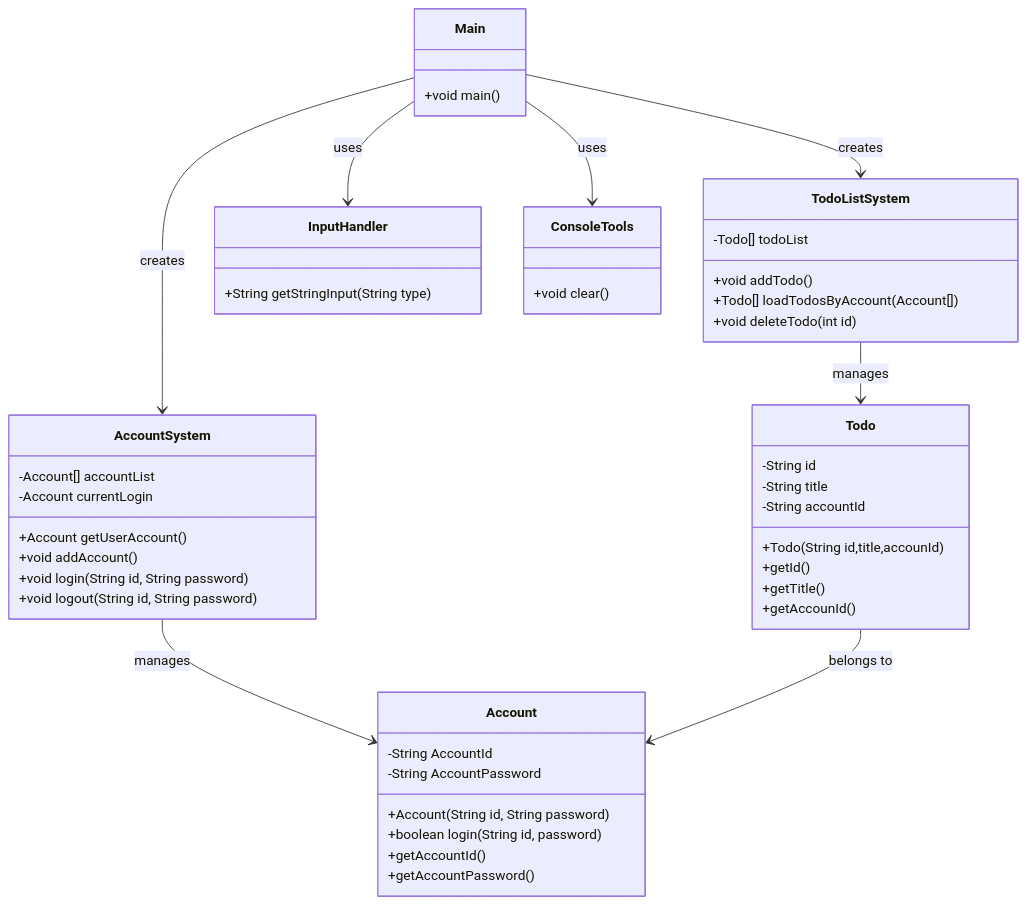
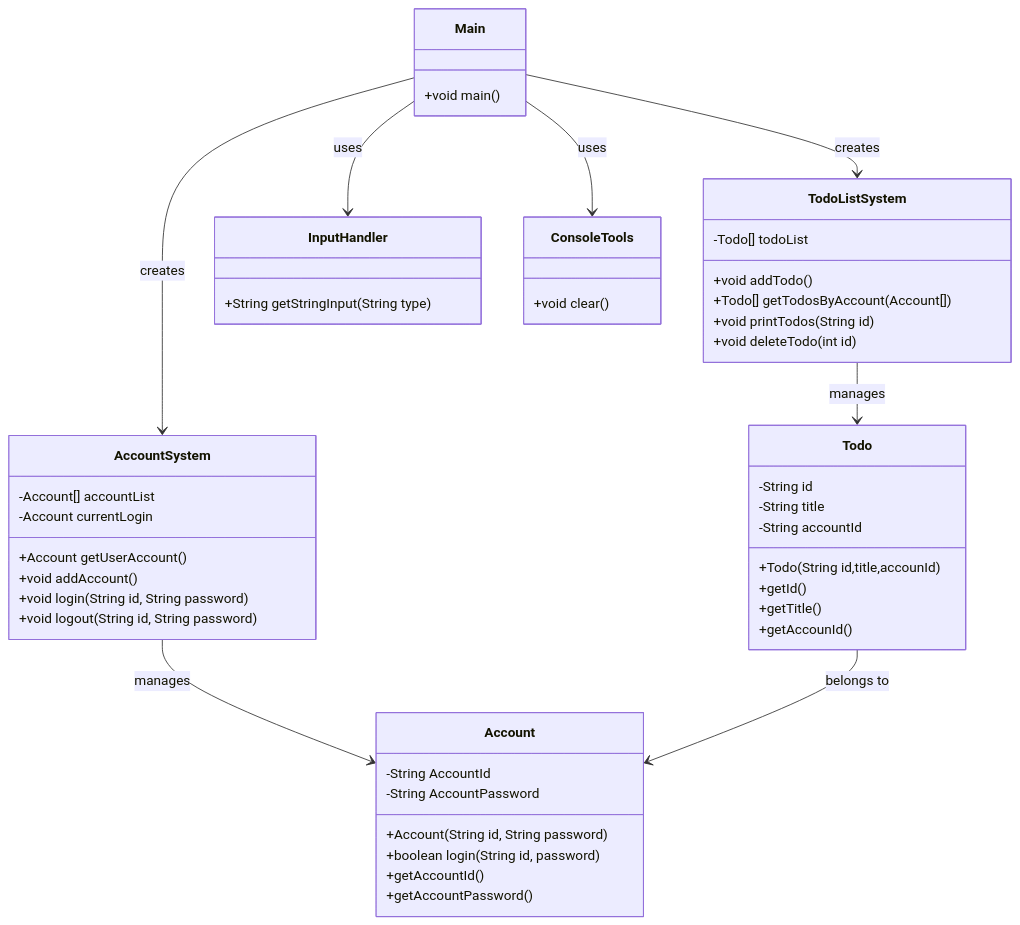
One commit to gwongibeom/java_scratch changed the diagram in src/TodoListWithAccountSystem/todo-list-class-diagram.mermaid. Above: the diagram before and after it, drawn with Mermaid. The commit also changed 1 other file, not shown here.

Commit message:
(개발) loadTodosByAccount => getTodosByAccount로 변경, printTodos 메소드 추가, 문서반영

```diff
--- a/src/TodoListWithAccountSystem/todo-list-class-diagram.mermaid
+++ b/src/TodoListWithAccountSystem/todo-list-class-diagram.mermaid
@@ -1,56 +1,57 @@
 classDiagram
     class Todo {
         -String id
         -String title
         -String accountId
         +Todo(String id,title,accounId)
         +getId()
         +getTitle()
         +getAccounId()
     }
 
     class TodoListSystem {
         -Todo[] todoList
         +void addTodo()
-        +Todo[] loadTodosByAccount(Account[])
+        +Todo[] getTodosByAccount(Account[])
+        +void printTodos(String id)
         +void deleteTodo(int id)
     }
 
     class Account {
         -String AccountId
         -String AccountPassword
         +Account(String id, String password)
         +boolean login(String id, password)
         +getAccountId()
         +getAccountPassword()
 
     }
 
     class AccountSystem {
         -Account[] accountList
         -Account currentLogin
         +Account getUserAccount()
         +void addAccount()
         +void login(String id, String password)
         +void logout(String id, String password)
     }
 
     class InputHandler {
         +String getStringInput(String type)
     }
 
     class ConsoleTools {
         +void clear()
     }
 
     class Main {
         +void main()
     }
 
     Main --> AccountSystem : creates
     Main --> TodoListSystem : creates
     Main --> InputHandler : uses
     Main --> ConsoleTools : uses
     TodoListSystem --> Todo : manages
     AccountSystem --> Account : manages
     Todo --> Account : belongs to
```
